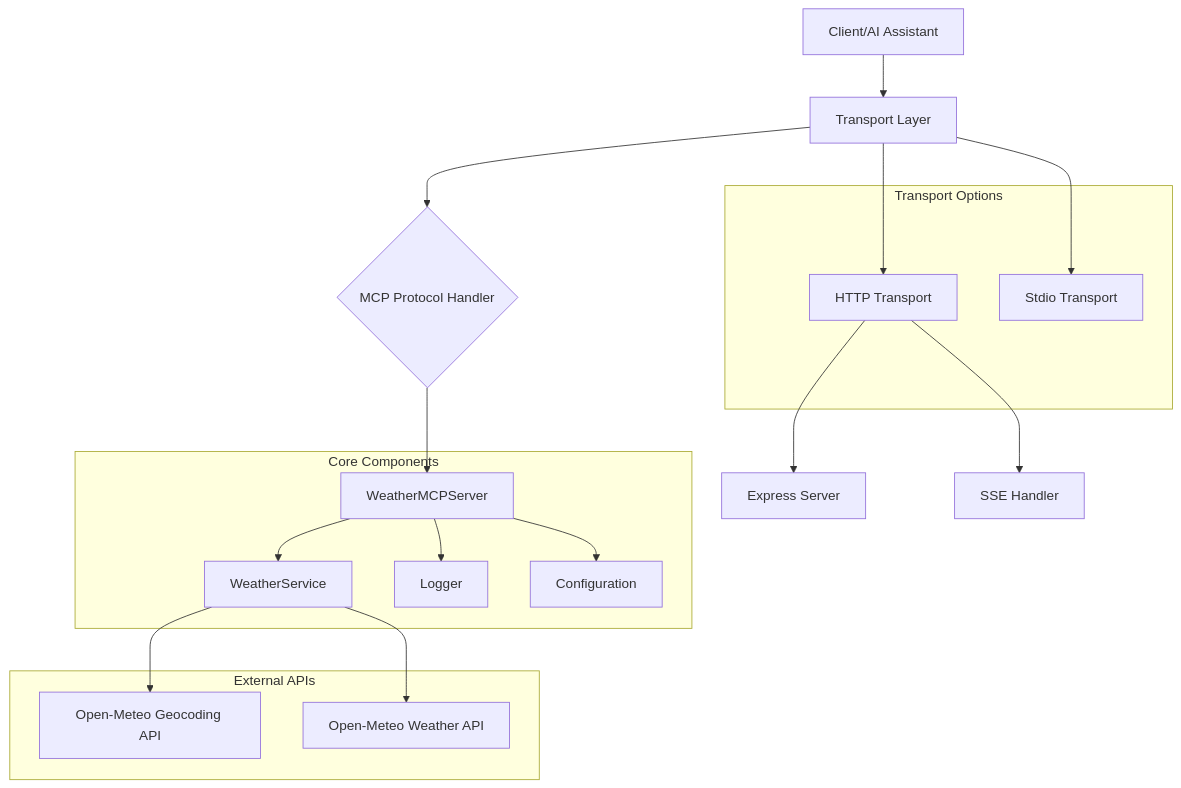
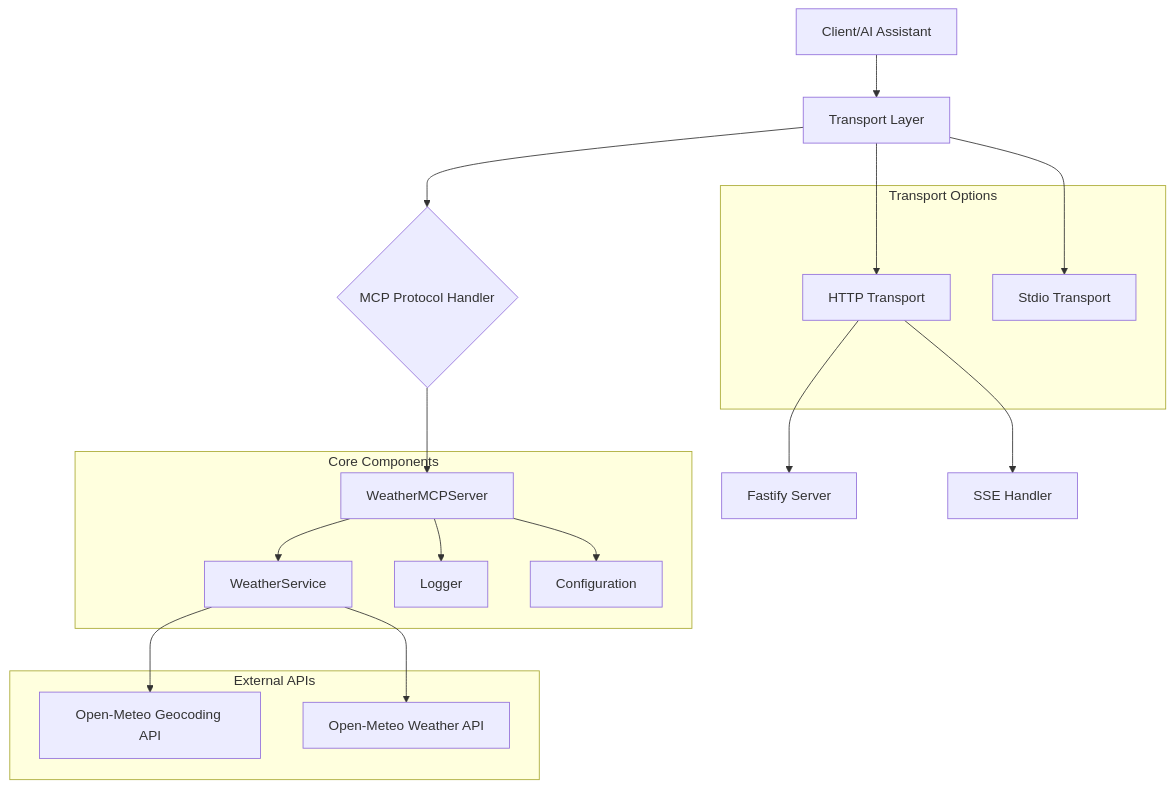
The third of 3 diagrams in README.md (kumaran-is/mcp-weather-server), drawn with Mermaid before and after one commit. The commit also changed other lines of this file and 45 other files, not shown here.

````diff
--- a/README.md
+++ b/README.md
@@ -206,37 +224,37 @@
 ```mermaid
 graph TB
     A[Client/AI Assistant] --> B[Transport Layer]
     B --> C{MCP Protocol Handler}
 
     C --> D[WeatherMCPServer]
     D --> E[WeatherService]
 
     E --> F[Open-Meteo Geocoding API]
     E --> G[Open-Meteo Weather API]
 
     D --> H[Logger]
     D --> I[Configuration]
 
     B --> J[HTTP Transport]
     B --> K[Stdio Transport]
 
-    J --> L[Express Server]
+    J --> L[Fastify Server]
     J --> M[SSE Handler]
 
     subgraph "Core Components"
         D
         E
         H
         I
     end
 
     subgraph "Transport Options"
         J
         K
     end
 
     subgraph "External APIs"
         F
         G
     end
 ```
````
